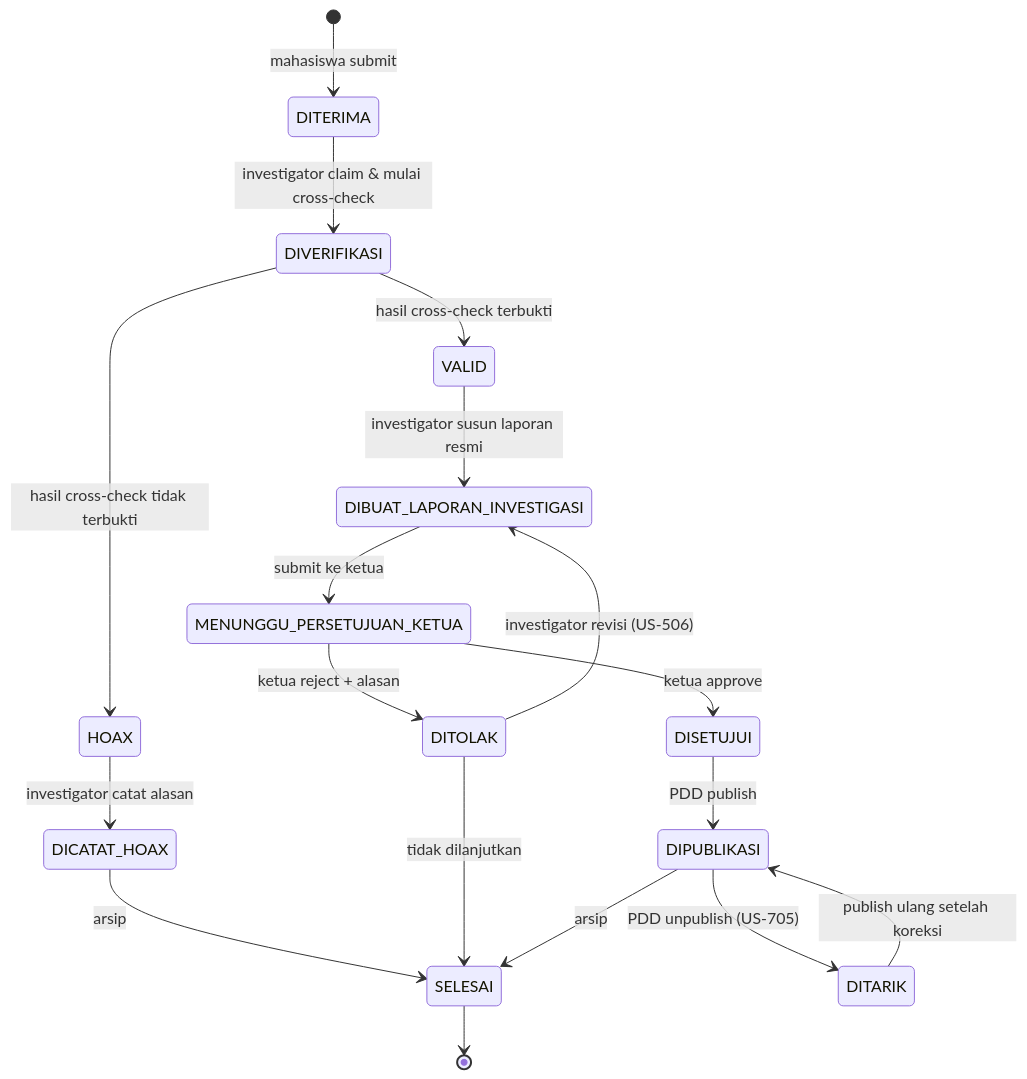
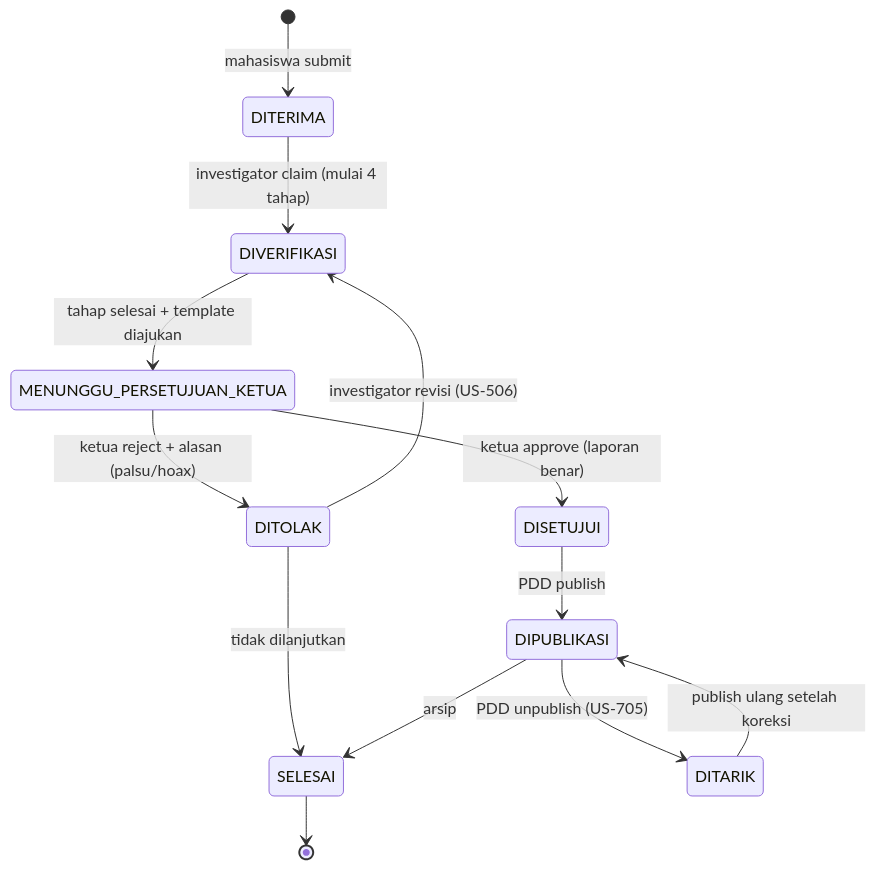
The diagram in docs/01-PRD.md (Radin05/Pemira_APP), drawn with Mermaid before and after one commit. The commit also changed other lines of this file and 23 other files, not shown here.

First line of the commit message:
feat(EPIC-05): investigasi 4 tahap + template laporan resmi (ADR-015)

````diff
--- a/docs/01-PRD.md
+++ b/docs/01-PRD.md
@@ -154,20 +168,15 @@
 ```mermaid
 stateDiagram-v2
     [*] --> DITERIMA : mahasiswa submit
-    DITERIMA --> DIVERIFIKASI : investigator claim & mulai cross-check
-    DIVERIFIKASI --> VALID : hasil cross-check terbukti
-    DIVERIFIKASI --> HOAX : hasil cross-check tidak terbukti
-    HOAX --> DICATAT_HOAX : investigator catat alasan
-    DICATAT_HOAX --> SELESAI : arsip
-    VALID --> DIBUAT_LAPORAN_INVESTIGASI : investigator susun laporan resmi
-    DIBUAT_LAPORAN_INVESTIGASI --> MENUNGGU_PERSETUJUAN_KETUA : submit ke ketua
-    MENUNGGU_PERSETUJUAN_KETUA --> DISETUJUI : ketua approve
-    MENUNGGU_PERSETUJUAN_KETUA --> DITOLAK : ketua reject + alasan
-    DITOLAK --> DIBUAT_LAPORAN_INVESTIGASI : investigator revisi (US-506)
+    DITERIMA --> DIVERIFIKASI : investigator claim (mulai 4 tahap)
+    DIVERIFIKASI --> MENUNGGU_PERSETUJUAN_KETUA : tahap selesai + template diajukan
+    MENUNGGU_PERSETUJUAN_KETUA --> DISETUJUI : ketua approve (laporan benar)
+    MENUNGGU_PERSETUJUAN_KETUA --> DITOLAK : ketua reject + alasan (palsu/hoax)
+    DITOLAK --> DIVERIFIKASI : investigator revisi (US-506)
     DITOLAK --> SELESAI : tidak dilanjutkan
     DISETUJUI --> DIPUBLIKASI : PDD publish
     DIPUBLIKASI --> DITARIK : PDD unpublish (US-705)
     DITARIK --> DIPUBLIKASI : publish ulang setelah koreksi
     DIPUBLIKASI --> SELESAI : arsip
     SELESAI --> [*]
 ```
````
